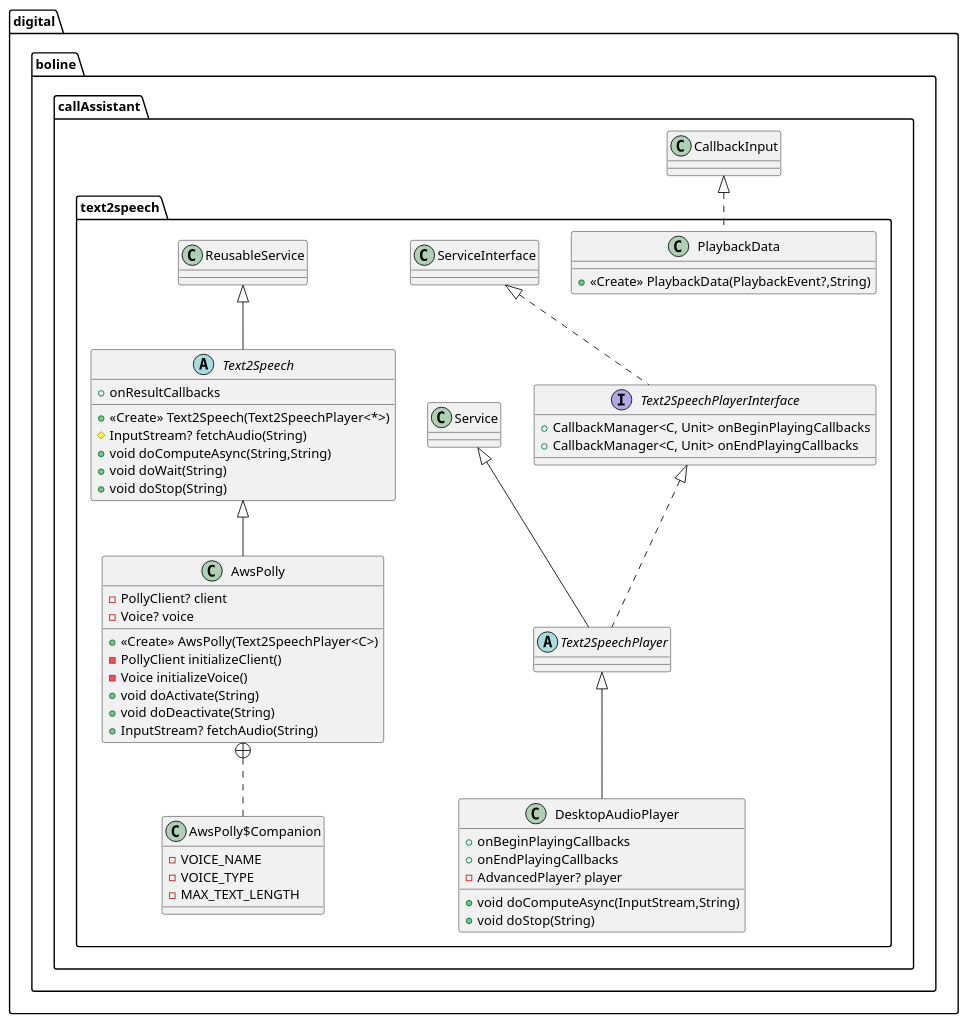
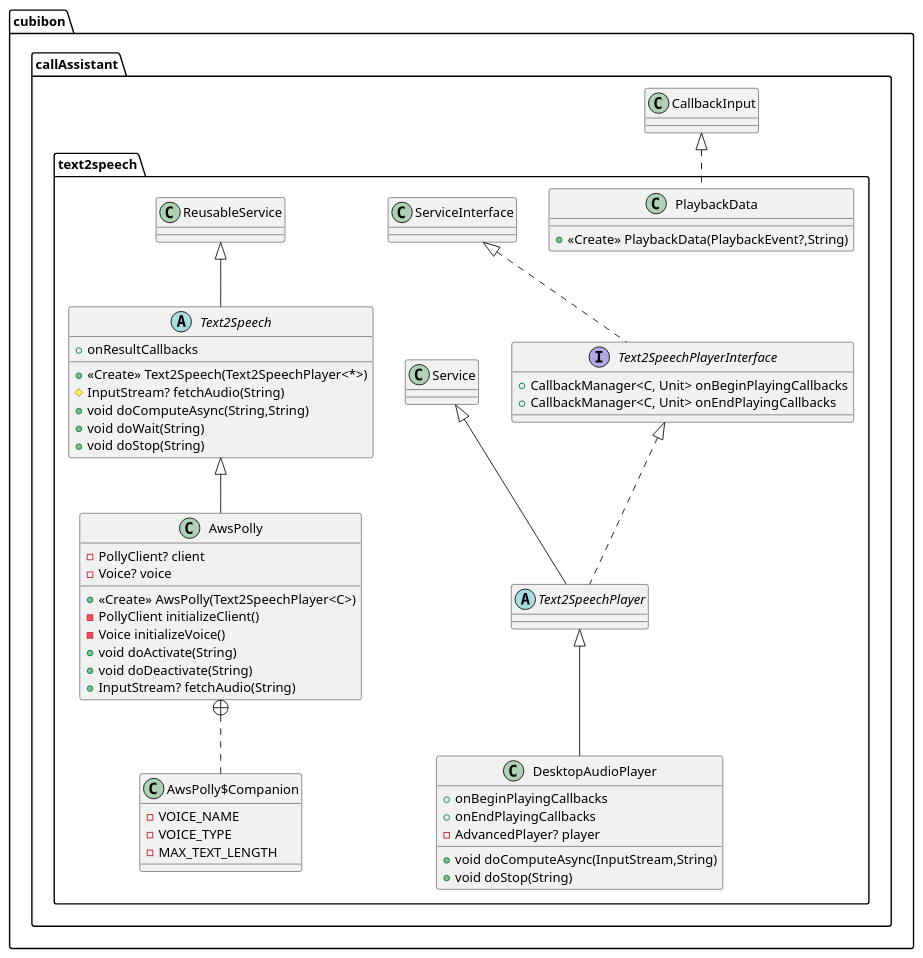
One commit to buoncubi/call_assistant changed the diagram in doc/uml/text2speech.puml. Above: the diagram before and after it, drawn with PlantUML. The commit also changed 969 other files, not shown here.

```diff
--- a/doc/uml/text2speech.puml
+++ b/doc/uml/text2speech.puml
@@ -1,60 +1,60 @@
 @startuml
-interface digital.boline.callAssistant.text2speech.Text2SpeechPlayerInterface {
+interface cubibon.callAssistant.text2speech.Text2SpeechPlayerInterface {
 + CallbackManager<C, Unit> onBeginPlayingCallbacks
 + CallbackManager<C, Unit> onEndPlayingCallbacks
 }
 
-abstract class digital.boline.callAssistant.text2speech.Text2SpeechPlayer {
+abstract class cubibon.callAssistant.text2speech.Text2SpeechPlayer {
 }
-abstract class digital.boline.callAssistant.text2speech.Text2Speech {
+abstract class cubibon.callAssistant.text2speech.Text2Speech {
 +  onResultCallbacks
 + <<Create>> Text2Speech(Text2SpeechPlayer<*>)
 # InputStream? fetchAudio(String)
 + void doComputeAsync(String,String)
 + void doWait(String)
 + void doStop(String)
 }
 
 
-class digital.boline.callAssistant.text2speech.PlaybackData {
+class cubibon.callAssistant.text2speech.PlaybackData {
 + <<Create>> PlaybackData(PlaybackEvent?,String)
 }
 
-class digital.boline.callAssistant.text2speech.DesktopAudioPlayer {
+class cubibon.callAssistant.text2speech.DesktopAudioPlayer {
 +  onBeginPlayingCallbacks
 +  onEndPlayingCallbacks
 - AdvancedPlayer? player
 + void doComputeAsync(InputStream,String)
 + void doStop(String)
 }
 
 
-class digital.boline.callAssistant.text2speech.AwsPolly$Companion {
+class cubibon.callAssistant.text2speech.AwsPolly$Companion {
 -  VOICE_NAME
 -  VOICE_TYPE
 -  MAX_TEXT_LENGTH
 }
 
-class digital.boline.callAssistant.text2speech.AwsPolly {
+class cubibon.callAssistant.text2speech.AwsPolly {
 - PollyClient? client
 - Voice? voice
 + <<Create>> AwsPolly(Text2SpeechPlayer<C>)
 - PollyClient initializeClient()
 - Voice initializeVoice()
 + void doActivate(String)
 + void doDeactivate(String)
 + InputStream? fetchAudio(String)
 }
 
 
 
 
-digital.boline.callAssistant.text2speech.ServiceInterface <|.. digital.boline.callAssistant.text2speech.Text2SpeechPlayerInterface
-digital.boline.callAssistant.text2speech.Service <|-- digital.boline.callAssistant.text2speech.Text2SpeechPlayer
-digital.boline.callAssistant.text2speech.Text2SpeechPlayerInterface <|.. digital.boline.callAssistant.text2speech.Text2SpeechPlayer
-digital.boline.callAssistant.text2speech.ReusableService <|-- digital.boline.callAssistant.text2speech.Text2Speech
-digital.boline.callAssistant.CallbackInput <|.. digital.boline.callAssistant.text2speech.PlaybackData
-digital.boline.callAssistant.text2speech.Text2SpeechPlayer <|-- digital.boline.callAssistant.text2speech.DesktopAudioPlayer
-digital.boline.callAssistant.text2speech.AwsPolly +.. digital.boline.callAssistant.text2speech.AwsPolly$Companion
-digital.boline.callAssistant.text2speech.Text2Speech <|-- digital.boline.callAssistant.text2speech.AwsPolly
+cubibon.callAssistant.text2speech.ServiceInterface <|.. cubibon.callAssistant.text2speech.Text2SpeechPlayerInterface
+cubibon.callAssistant.text2speech.Service <|-- cubibon.callAssistant.text2speech.Text2SpeechPlayer
+cubibon.callAssistant.text2speech.Text2SpeechPlayerInterface <|.. cubibon.callAssistant.text2speech.Text2SpeechPlayer
+cubibon.callAssistant.text2speech.ReusableService <|-- cubibon.callAssistant.text2speech.Text2Speech
+cubibon.callAssistant.CallbackInput <|.. cubibon.callAssistant.text2speech.PlaybackData
+cubibon.callAssistant.text2speech.Text2SpeechPlayer <|-- cubibon.callAssistant.text2speech.DesktopAudioPlayer
+cubibon.callAssistant.text2speech.AwsPolly +.. cubibon.callAssistant.text2speech.AwsPolly$Companion
+cubibon.callAssistant.text2speech.Text2Speech <|-- cubibon.callAssistant.text2speech.AwsPolly
 @enduml
```
